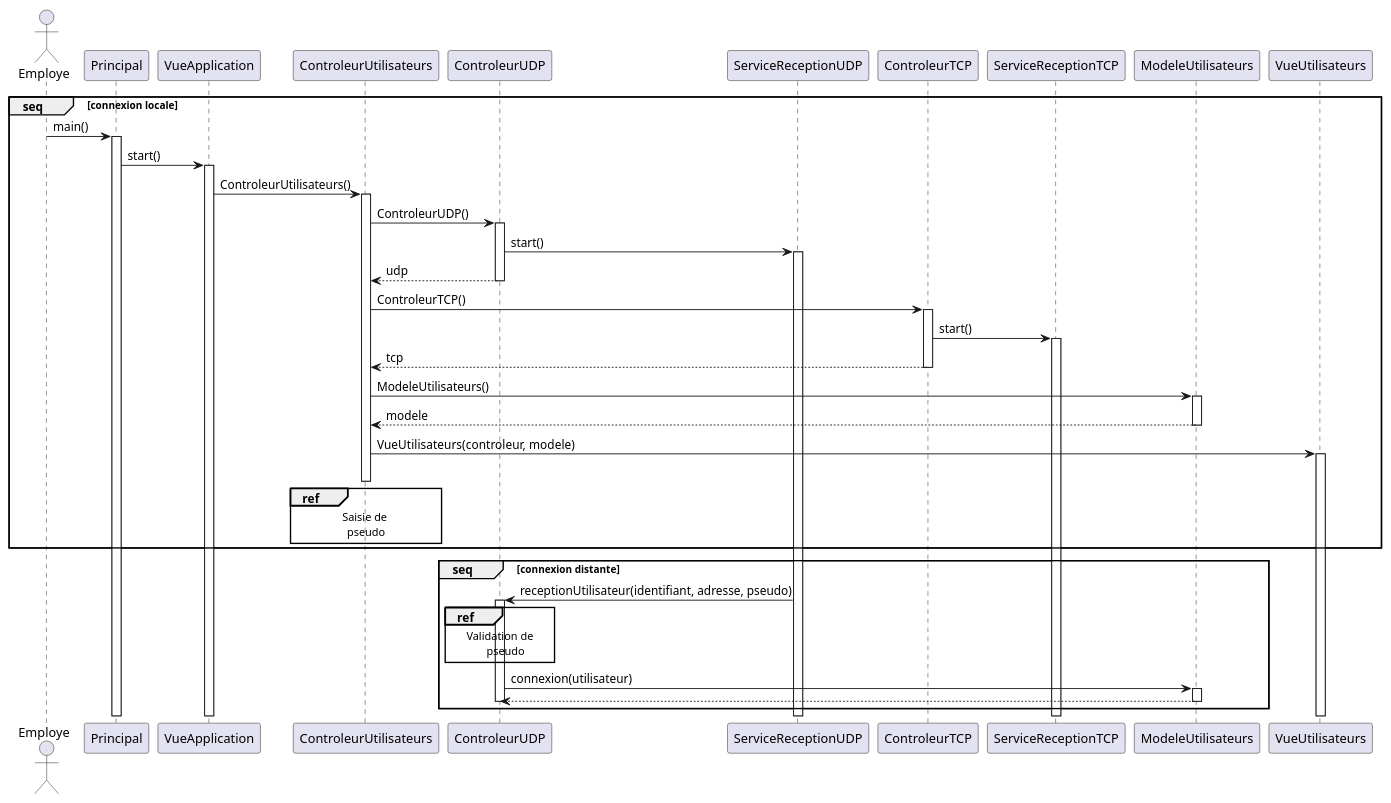
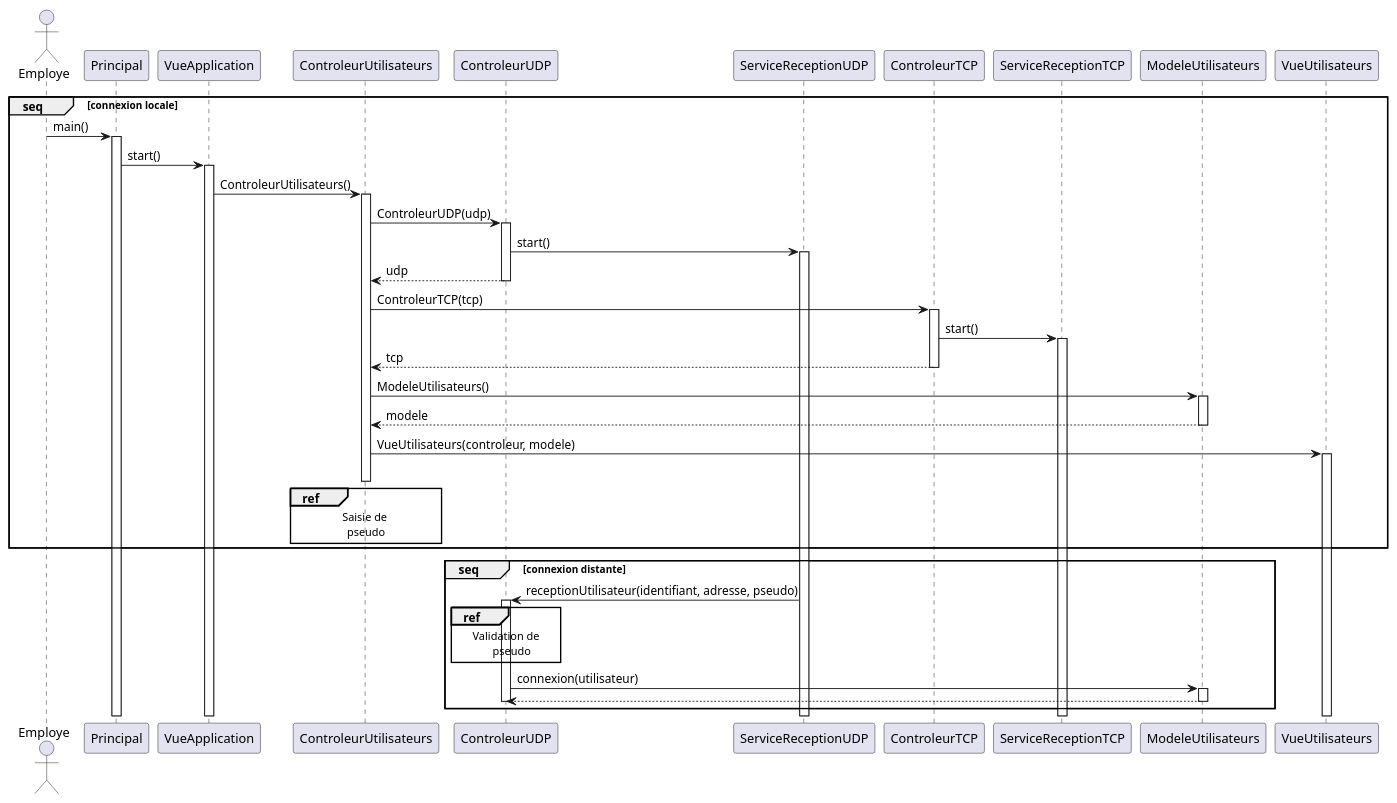
Before and after one commit to arc-hugo/clavardage_uml: the diagram in sequence/connexion.wsd, drawn with PlantUML. The commit also changed 3 other files, not shown here.

```diff
--- a/sequence/connexion.wsd
+++ b/sequence/connexion.wsd
@@ -1,47 +1,47 @@
 @startuml Connexion
 actor Employe
 group seq [connexion locale]
     Employe -> Principal : main()
     activate Principal
     Principal -> VueApplication : start()
     activate VueApplication 
     VueApplication -> ControleurUtilisateurs : ControleurUtilisateurs()
     activate ControleurUtilisateurs
-    ControleurUtilisateurs -> ControleurUDP : ControleurUDP()
+    ControleurUtilisateurs -> ControleurUDP : ControleurUDP(udp)
     activate ControleurUDP
     ControleurUDP -> ServiceReceptionUDP : start()
     activate ServiceReceptionUDP
     ControleurUDP --> ControleurUtilisateurs : udp
     deactivate ControleurUDP
-    ControleurUtilisateurs -> ControleurTCP : ControleurTCP()
+    ControleurUtilisateurs -> ControleurTCP : ControleurTCP(tcp)
     activate ControleurTCP
     ControleurTCP -> ServiceReceptionTCP : start()
     activate ServiceReceptionTCP
     ControleurTCP --> ControleurUtilisateurs : tcp
     deactivate ControleurTCP
     ControleurUtilisateurs -> ModeleUtilisateurs : ModeleUtilisateurs()
     activate ModeleUtilisateurs
     ModeleUtilisateurs --> ControleurUtilisateurs : modele
     deactivate ModeleUtilisateurs
     ControleurUtilisateurs -> VueUtilisateurs : VueUtilisateurs(controleur, modele)
     activate VueUtilisateurs
     ref over ControleurUtilisateurs
         Saisie de 
         pseudo
     end ref
     deactivate ControleurUtilisateurs
 end
 group seq [connexion distante]
     ServiceReceptionUDP -> ControleurUDP : receptionUtilisateur(identifiant, adresse, pseudo)
     activate ControleurUDP
     ref over ControleurUDP
         Validation de
             pseudo
     end ref
     ControleurUDP -> ModeleUtilisateurs : connexion(utilisateur)
     activate ModeleUtilisateurs
     ModeleUtilisateurs --> ControleurUDP
     deactivate ModeleUtilisateurs
     deactivate ControleurUDP
 end
 @enduml
```
